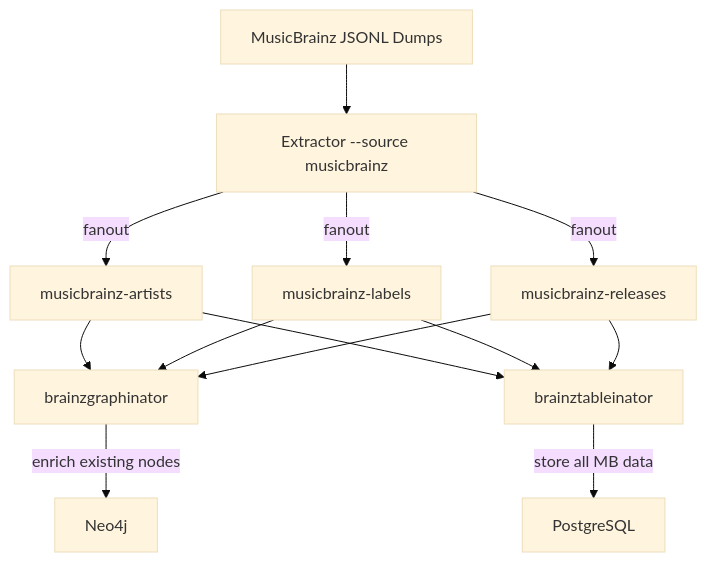
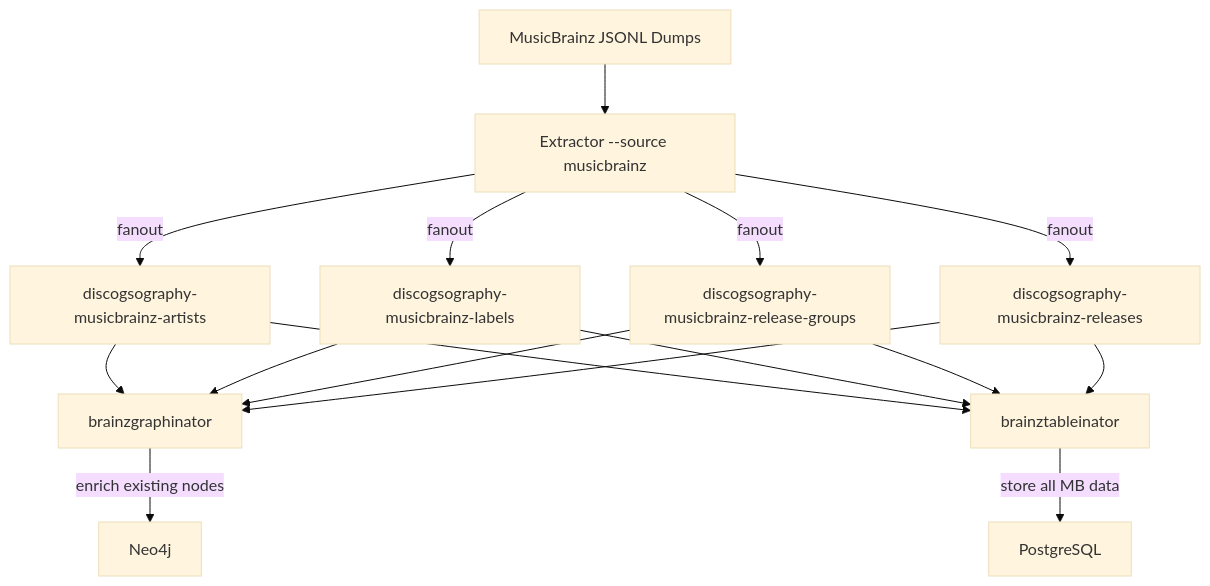
Before and after one commit to SimplicityGuy/discogsography: the diagram in docs/musicbrainz-sync.md, drawn with Mermaid (base theme). The commit also changed other lines of this file and 31 other files, not shown here.

````diff
--- a/docs/musicbrainz-sync.md
+++ b/docs/musicbrainz-sync.md
@@ -9,15 +9,18 @@
 ```mermaid
 graph TD
     MB[MusicBrainz JSONL Dumps] --> EXT[Extractor --source musicbrainz]
-    EXT -->|fanout| EA[musicbrainz-artists]
-    EXT -->|fanout| EL[musicbrainz-labels]
-    EXT -->|fanout| ER[musicbrainz-releases]
+    EXT -->|fanout| EA[discogsography-musicbrainz-artists]
+    EXT -->|fanout| EL[discogsography-musicbrainz-labels]
+    EXT -->|fanout| ERG[discogsography-musicbrainz-release-groups]
+    EXT -->|fanout| ER[discogsography-musicbrainz-releases]
     EA --> BG[brainzgraphinator]
     EA --> BT[brainztableinator]
     EL --> BG
     EL --> BT
+    ERG --> BG
+    ERG --> BT
     ER --> BG
     ER --> BT
     BG -->|enrich existing nodes| NEO[Neo4j]
     BT -->|store all MB data| PG[PostgreSQL]
 ```
````
